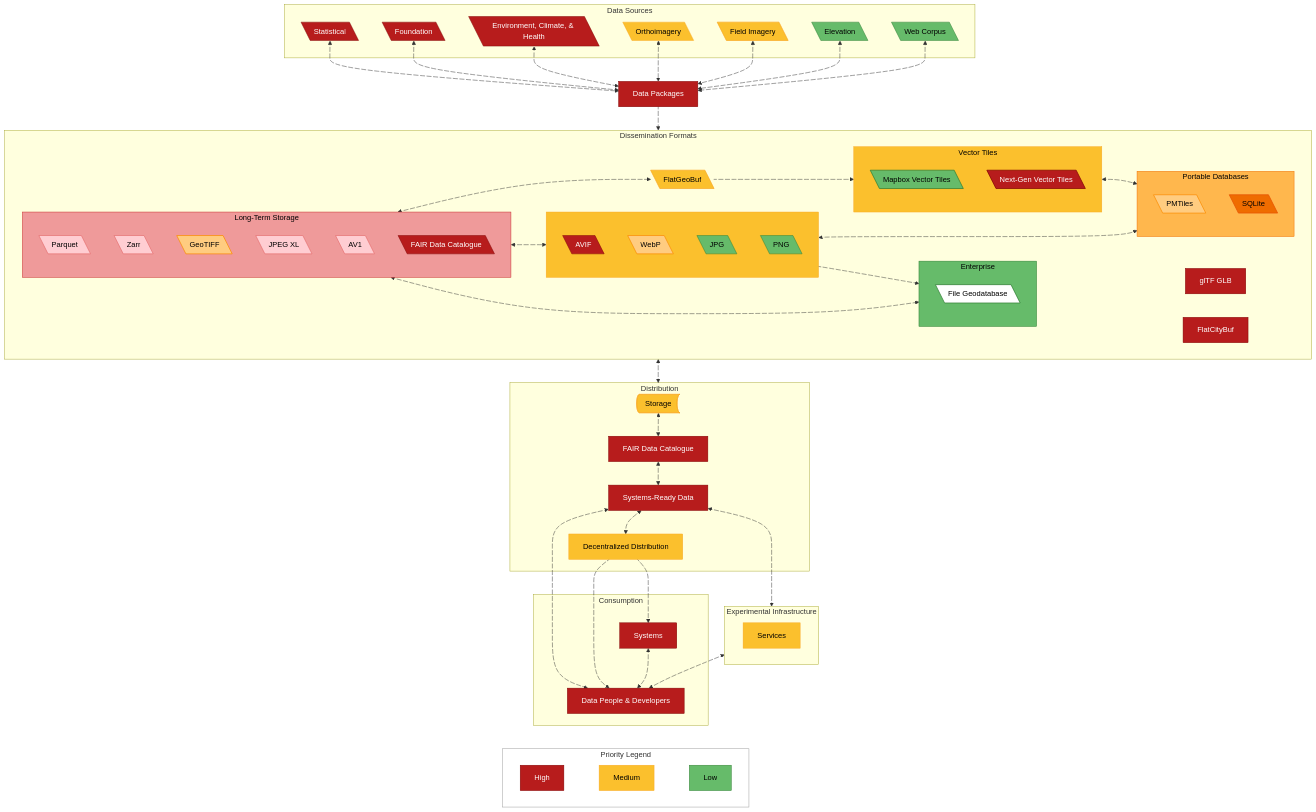
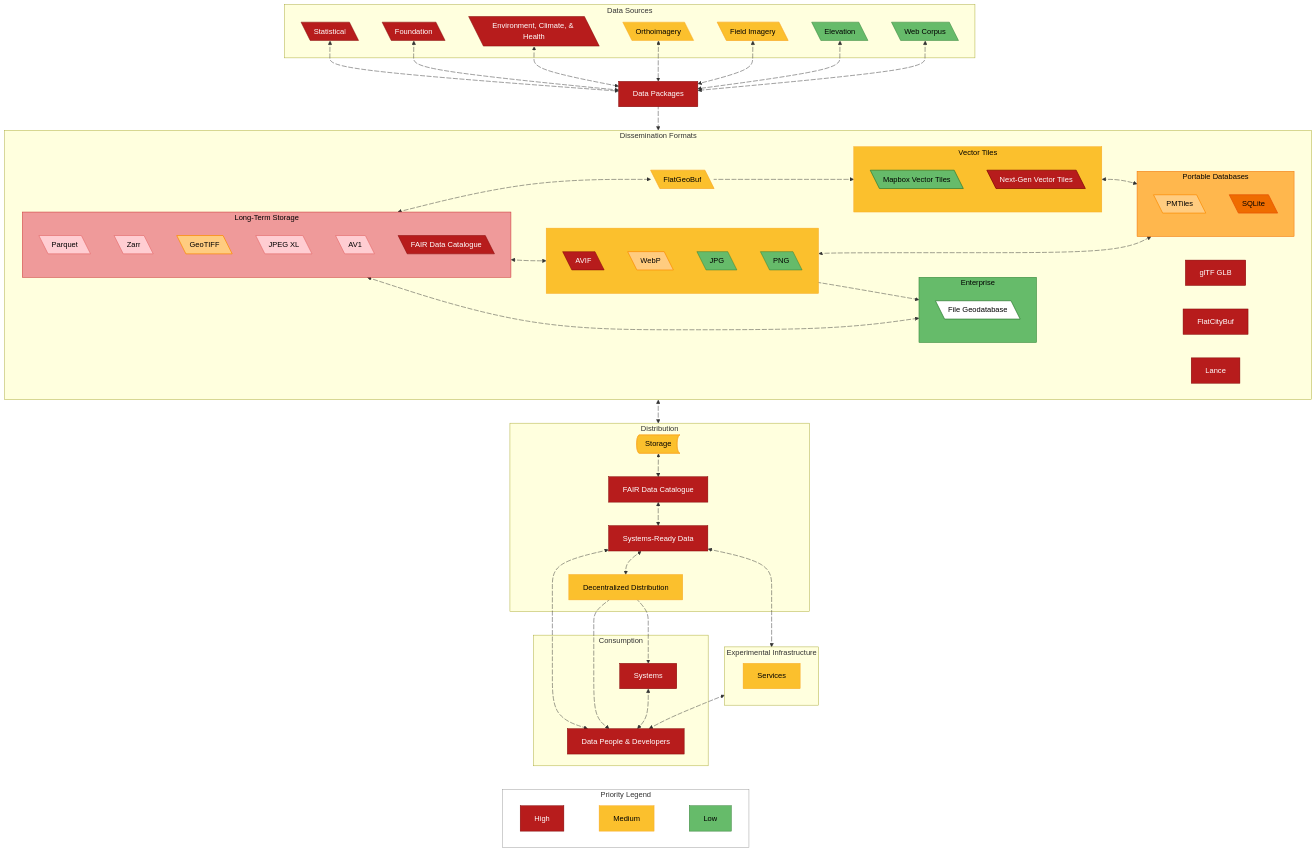
One commit to dataforcanada/www.dataforcanada.org changed the diagram in high-level-overview-homepage.mermaid. Above: the diagram before and after it, drawn with Mermaid. The commit also changed 1 other file, not shown here.

Commit message:
Add Lance file format
https://tenor.com/view/excuse-me-well-excuse-me-my-bad-forgive-me-gif-2901977076798568633

```diff
--- a/high-level-overview-homepage.mermaid
+++ b/high-level-overview-homepage.mermaid
@@ -21,6 +21,7 @@
     %% TODO: 3D Tiles. Need to take a closer look at this file format, I am not experienced with it
     GLB@{ shape: rect, label: "glTF GLB"}
     FlatCityBuf@{ shape: rect}
+    Lance@{ shape: rect}
 
         subgraph sot [Long-Term Storage]
             Parquet@{ shape: lean-l}
@@ -165,6 +166,8 @@
     style GLB fill:#B71C1C,stroke:#7F0000,color:#FFFFFF
     style FlatCityBuf fill:#B71C1C,stroke:#7F0000,color:#FFFFFF
 
+    style Lance fill:#B71C1C,stroke:#7F0000,color:#FFFFFF
+
     style DataPkgs fill:#B71C1C,stroke:#7F0000,color:#FFFFFF
     style FAIRCat fill:#B71C1C,stroke:#7F0000,color:#FFFFFF
     %% I'm not as concerned about distribution of data. I have made some progress on smart nodes so that's going to be a YUGE release
@@ -215,6 +218,7 @@
     click VectorTiles "https://github.com/mapbox/vector-tile-spec/" _blank
     click NextGenVT "https://github.com/maplibre/maplibre-tile-spec/" _blank
     click GLB "https://registry.khronos.org/glTF/specs/2.0/glTF-2.0.html#glb-file-format-specification"
+    click Lance "https://docs.lancedb.com/lance" _blank
     click GeoTIFF "https://cogeo.org/" _blank
     click Zarr "https://github.com/zarr-developers/geozarr-spec/" _blank
     click WebP "https://developers.google.com/speed/webp/" _blank
```
